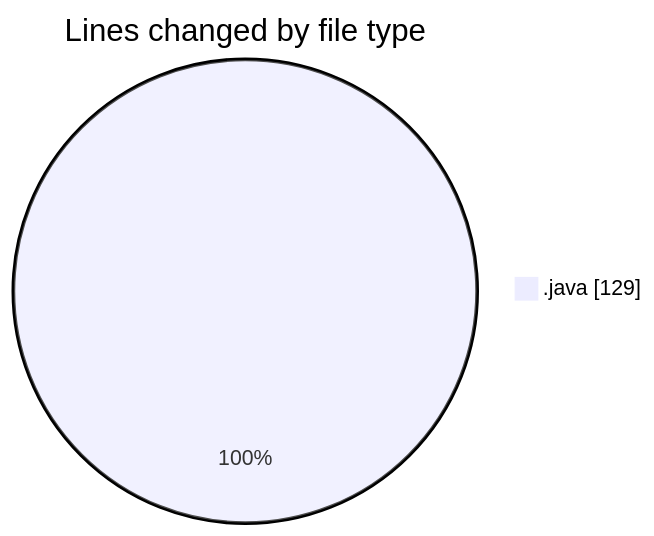
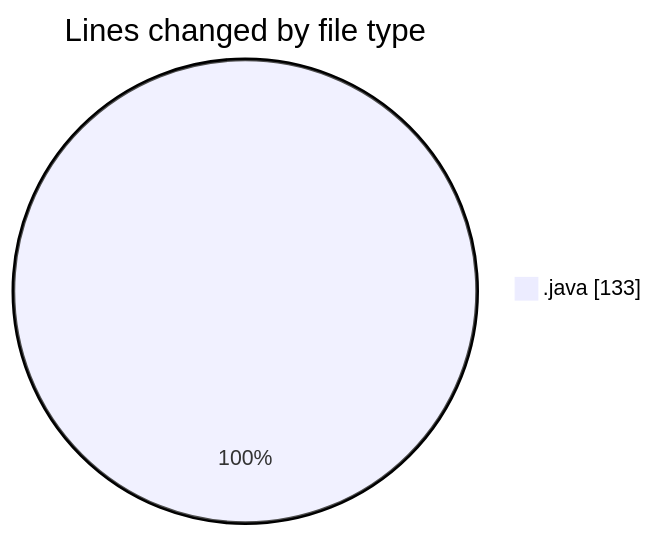
One commit to NitaiMahat/code-tracking changed the first of 2 diagrams in 2025-03-08/computer_202/README.md. Above: the diagram before and after it, drawn with Mermaid. The commit also changed other lines of this file and 1 other file, not shown here.

````diff
--- a/2025-03-08/computer_202/README.md
+++ b/2025-03-08/computer_202/README.md
@@ -22,5 +23,5 @@
 ```mermaid
 pie showData
 title Lines changed by file type
-".java" : 129
+".java" : 133
 ```
````
